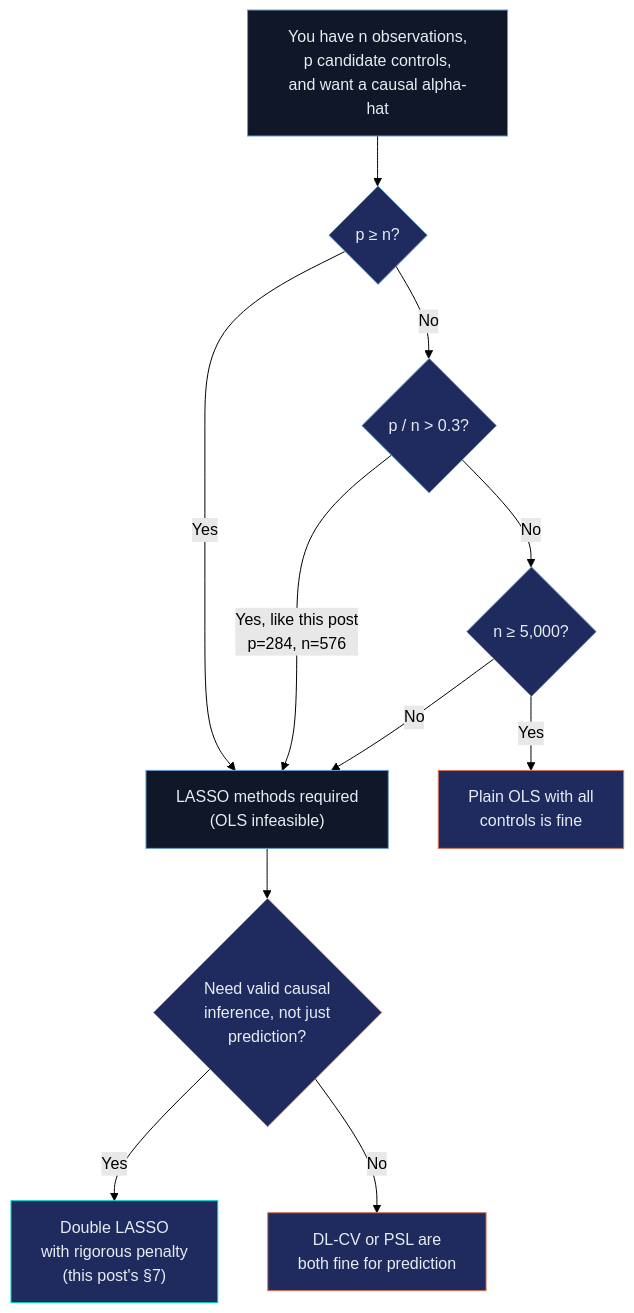
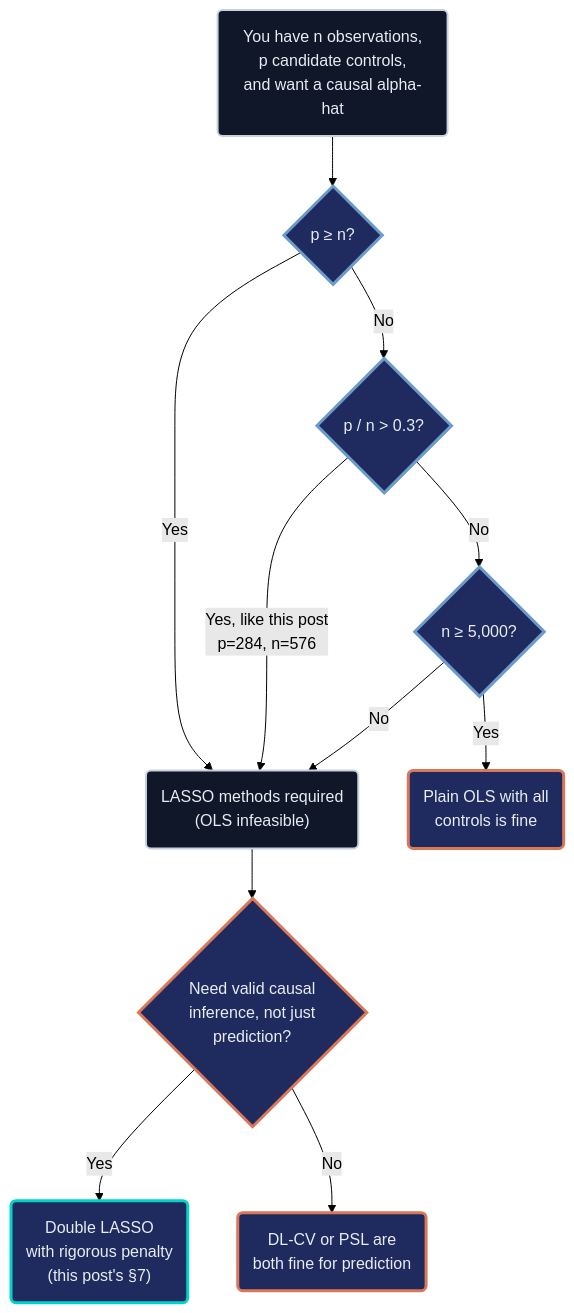
The second of 2 diagrams in content/post/r_double_lasso/index.md (cmg777/starter-academic-v501), drawn with Mermaid (forest theme) before and after one commit. The commit also changed other lines of this file and 13 other files, not shown here.

First line of the commit message:
content(mermaid): restyle flowcharts in R posts

````diff
--- a/content/post/r_double_lasso/index.md
+++ b/content/post/r_double_lasso/index.md
@@ -571,26 +571,27 @@
 ```mermaid
 flowchart TD
-    Start["You have n observations,<br/>p candidate controls,<br/>and want a causal alpha-hat"] --> Q1{"p &ge; n?"}
-    Q1 -->|Yes| L["LASSO methods required<br/>(OLS infeasible)"]
+    Start("You have n observations,<br/>p candidate controls,<br/>and want a causal alpha-hat") --> Q1{"p &ge; n?"}
+    Q1 -->|Yes| L("LASSO methods required<br/>(OLS infeasible)")
     Q1 -->|No| Q2{"p / n &gt; 0.3?"}
     Q2 -->|Yes, like this post<br/>p=284, n=576| L
     Q2 -->|No| Q3{"n &ge; 5,000?"}
-    Q3 -->|Yes| O["Plain OLS with all<br/>controls is fine"]
+    Q3 -->|Yes| O("Plain OLS with all<br/>controls is fine")
     Q3 -->|No| L
     L --> Q4{"Need valid causal<br/>inference, not just<br/>prediction?"}
-    Q4 -->|Yes| DL["Double LASSO<br/>with rigorous penalty<br/>(this post's &sect;7)"]
-    Q4 -->|No| Pred["DL-CV or PSL are<br/>both fine for prediction"]
-    style Start fill:#0f1729,stroke:#6a9bcc,color:#e8ecf2
-    style DL fill:#1f2b5e,stroke:#00d4c8,color:#e8ecf2
-    style Pred fill:#1f2b5e,stroke:#d97757,color:#e8ecf2
-    style O fill:#1f2b5e,stroke:#d97757,color:#e8ecf2
-    style L fill:#0f1729,stroke:#6a9bcc,color:#e8ecf2
-    classDef sty_Q1 fill:#1f2b5e,stroke:#6a9bcc,color:#e8ecf2
+    Q4 -->|Yes| DL("Double LASSO<br/>with rigorous penalty<br/>(this post's &sect;7)")
+    Q4 -->|No| Pred("DL-CV or PSL are<br/>both fine for prediction")
+    classDef sty_Q1 fill:#1f2b5e,stroke:#6a9bcc,stroke-width:3px,color:#e8ecf2
     class Q1 sty_Q1
-    classDef sty_Q2 fill:#1f2b5e,stroke:#6a9bcc,color:#e8ecf2
+    classDef sty_Q2 fill:#1f2b5e,stroke:#6a9bcc,stroke-width:3px,color:#e8ecf2
     class Q2 sty_Q2
-    classDef sty_Q3 fill:#1f2b5e,stroke:#6a9bcc,color:#e8ecf2
+    classDef sty_Q3 fill:#1f2b5e,stroke:#6a9bcc,stroke-width:3px,color:#e8ecf2
     class Q3 sty_Q3
-    classDef sty_Q4 fill:#1f2b5e,stroke:#d97757,color:#e8ecf2
+    classDef sty_Q4 fill:#1f2b5e,stroke:#d97757,stroke-width:3px,color:#e8ecf2
     class Q4 sty_Q4
+    classDef anchor fill:#0f1729,stroke:#c8d0e0,stroke-width:2px,color:#e8ecf2
+    classDef orange fill:#1f2b5e,stroke:#d97757,stroke-width:3px,color:#e8ecf2
+    classDef teal fill:#1f2b5e,stroke:#00d4c8,stroke-width:3px,color:#e8ecf2
+    class Start,L anchor
+    class O,Pred orange
+    class DL teal
 ```
````
